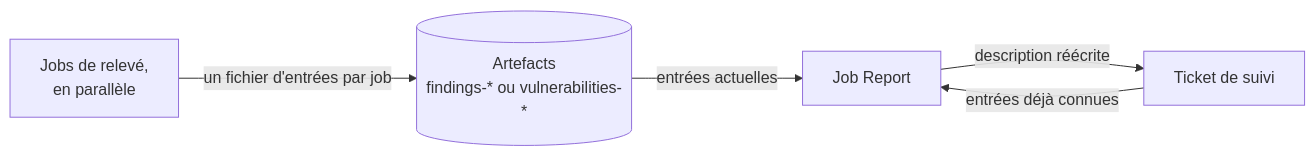
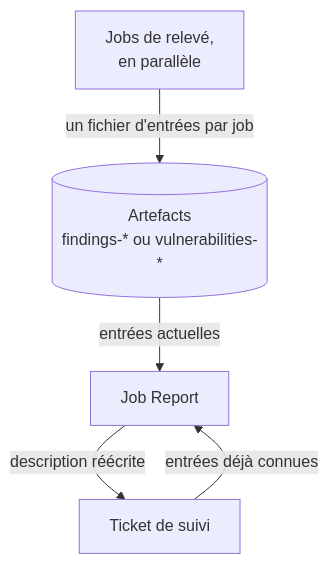
The diagram in docs/tech/integration-et-tests/controles-periodiques.md (Tetram76/bdtheque-claude), drawn with Mermaid before and after one commit. The commit also changed 5 other files, not shown here.

First line of the commit message:
docs(tech): intégration continue, tests et documentation réécrits ; diagrammes remis en forme

````diff
--- a/docs/tech/integration-et-tests/controles-periodiques.md
+++ b/docs/tech/integration-et-tests/controles-periodiques.md
@@ -22,12 +22,12 @@
 ```mermaid
-flowchart LR
+flowchart TB
     jobs["Jobs de relevé,<br/>en parallèle"]
     artifacts[("Artefacts<br/>findings-* ou vulnerabilities-*")]
     report["Job Report"]
     issue["Ticket de suivi"]
 
     jobs -- "un fichier d'entrées par job" --> artifacts
     artifacts -- "entrées actuelles" --> report
     issue -- "entrées déjà connues" --> report
     report -- "description réécrite" --> issue
 ```
````
